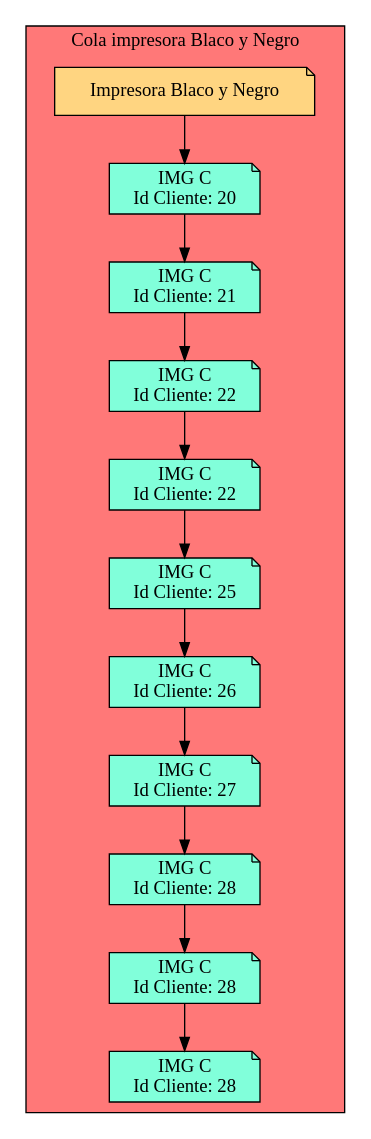
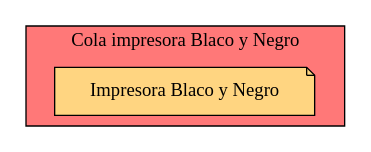
The diagram in Cola_Print_bw.dot (Serch-ING/EDD_UDRAWING_202000119), drawn with Graphviz before and after one commit. The commit also changed 17 other files, not shown here.

```diff
--- a/Cola_Print_bw.dot
+++ b/Cola_Print_bw.dot
@@ -1,45 +1,6 @@
 digraph L {
 node[shape=note fillcolor="#A181FF" style =filled]
 subgraph cluster_p{
     label= " Cola impresora Blaco y Negro "
  raiz[label = "Impresora Blaco y Negro" fillcolor="#FFD581" ]    bgcolor = "#FF7878"
-Nodo320304382[label="IMG C 
-Id Cliente: 20",fillcolor="#81FFDA"]
-Nodo573673894[label="IMG C 
-Id Cliente: 21",fillcolor="#81FFDA"]
-Nodo1827725498[label="IMG C 
-Id Cliente: 22",fillcolor="#81FFDA"]
-Nodo131635550[label="IMG C 
-Id Cliente: 22",fillcolor="#81FFDA"]
-Nodo860481979[label="IMG C 
-Id Cliente: 25",fillcolor="#81FFDA"]
-Nodo825249556[label="IMG C 
-Id Cliente: 26",fillcolor="#81FFDA"]
-Nodo168907708[label="IMG C 
-Id Cliente: 27",fillcolor="#81FFDA"]
-Nodo873610597[label="IMG C 
-Id Cliente: 28",fillcolor="#81FFDA"]
-Nodo1497845528[label="IMG C 
-Id Cliente: 28",fillcolor="#81FFDA"]
-Nodo1710989308[label="IMG C 
-Id Cliente: 28",fillcolor="#81FFDA"]
-
-raiz->Nodo320304382
-Nodo320304382 -> Nodo573673894
-
-Nodo573673894 -> Nodo1827725498
-
-Nodo1827725498 -> Nodo131635550
-
-Nodo131635550 -> Nodo860481979
-
-Nodo860481979 -> Nodo825249556
-
-Nodo825249556 -> Nodo168907708
-
-Nodo168907708 -> Nodo873610597
-
-Nodo873610597 -> Nodo1497845528
-
-Nodo1497845528 -> Nodo1710989308
 }}
```
